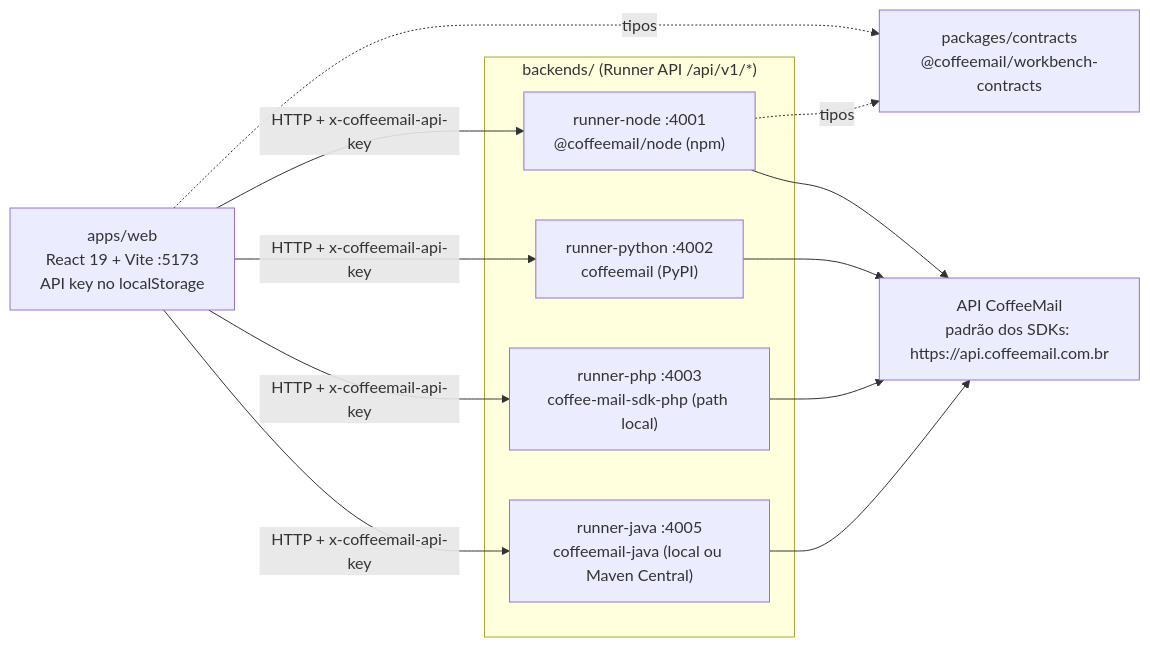
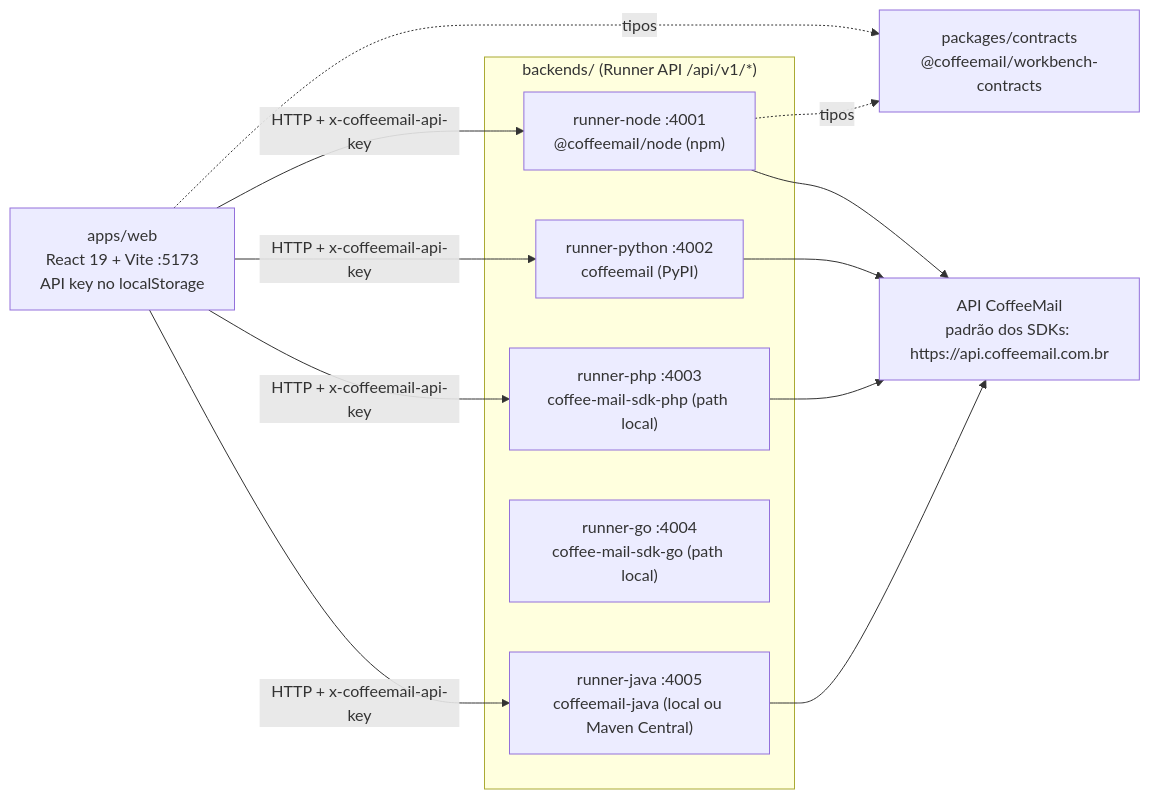
One commit to Coffee-Mail/coffee-mail-sdk-workbench changed the diagram in README.md. Above: the diagram before and after it, drawn with Mermaid. The commit also changed other lines of this file and 14 other files, not shown here.

First line of the commit message:
feat(runner-go): adiciona o runner sobre o SDK Go na porta 4004

````diff
--- a/README.md
+++ b/README.md
@@ -82,25 +82,26 @@
 ```mermaid
 flowchart LR
     UI["apps/web<br/>React 19 + Vite :5173<br/>API key no localStorage"]
     Contracts["packages/contracts<br/>@coffeemail/workbench-contracts"]
 
     subgraph Runners["backends/ (Runner API /api/v1/*)"]
         Node["runner-node :4001<br/>@coffeemail/node (npm)"]
         Py["runner-python :4002<br/>coffeemail (PyPI)"]
         Php["runner-php :4003<br/>coffee-mail-sdk-php (path local)"]
+        Go["runner-go :4004<br/>coffee-mail-sdk-go (path local)"]
         Java["runner-java :4005<br/>coffeemail-java (local ou Maven Central)"]
     end
 
     API["API CoffeeMail<br/>padrão dos SDKs: https://api.coffeemail.com.br"]
 
     UI -->|"HTTP + x-coffeemail-api-key"| Node
     UI -->|"HTTP + x-coffeemail-api-key"| Py
     UI -->|"HTTP + x-coffeemail-api-key"| Php
     UI -->|"HTTP + x-coffeemail-api-key"| Java
     UI -.->|tipos| Contracts
     Node -.->|tipos| Contracts
     Node --> API
     Py --> API
     Php --> API
     Java --> API
 ```
````
